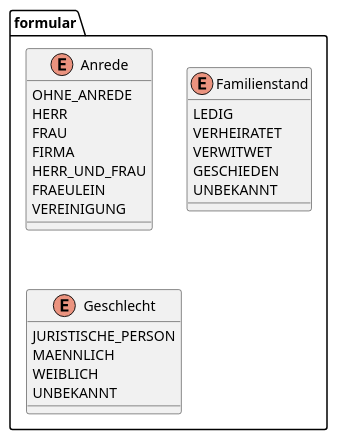
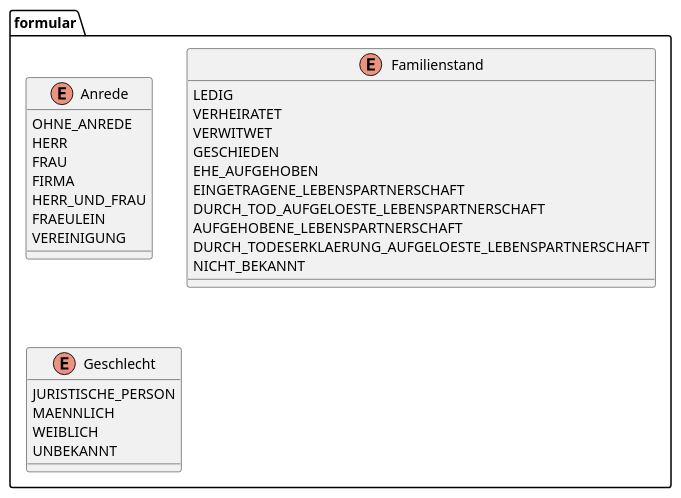
One commit to oboehm/jfachwert changed the diagram in src/main/asciidoc/images/package-formular.puml. Above: the diagram before and after it, drawn with PlantUML. The commit also changed 2 other files, not shown here.

```diff
--- a/src/main/asciidoc/images/package-formular.puml
+++ b/src/main/asciidoc/images/package-formular.puml
@@ -1,32 +1,37 @@
 @startuml
 
 package "formular" {
 
     enum Anrede {
         OHNE_ANREDE
         HERR
         FRAU
         FIRMA
         HERR_UND_FRAU
         FRAEULEIN
         VEREINIGUNG
     }
 
     enum Familienstand {
         LEDIG
         VERHEIRATET
         VERWITWET
         GESCHIEDEN
-        UNBEKANNT
+        EHE_AUFGEHOBEN
+        EINGETRAGENE_LEBENSPARTNERSCHAFT
+        DURCH_TOD_AUFGELOESTE_LEBENSPARTNERSCHAFT
+        AUFGEHOBENE_LEBENSPARTNERSCHAFT
+        DURCH_TODESERKLAERUNG_AUFGELOESTE_LEBENSPARTNERSCHAFT
+        NICHT_BEKANNT
     }
 
     enum Geschlecht {
         JURISTISCHE_PERSON
         MAENNLICH
         WEIBLICH
         UNBEKANNT
     }
 
 }
 
 @enduml
```
